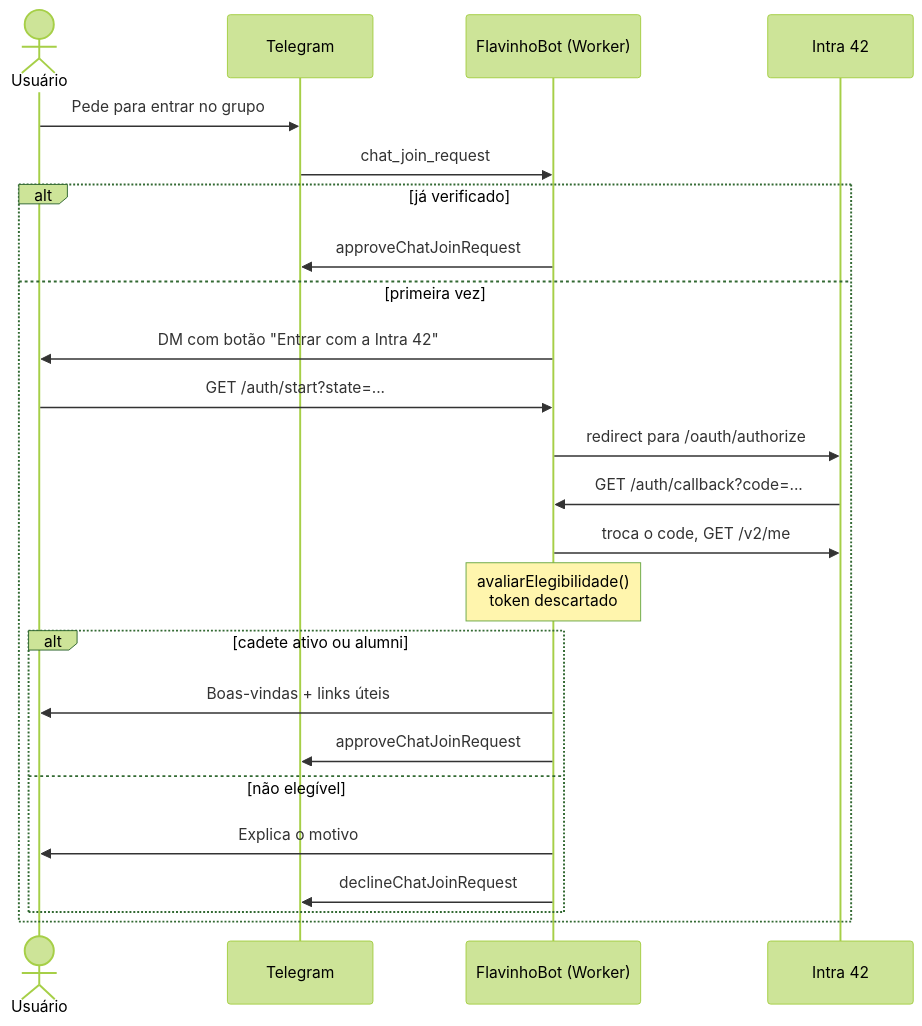
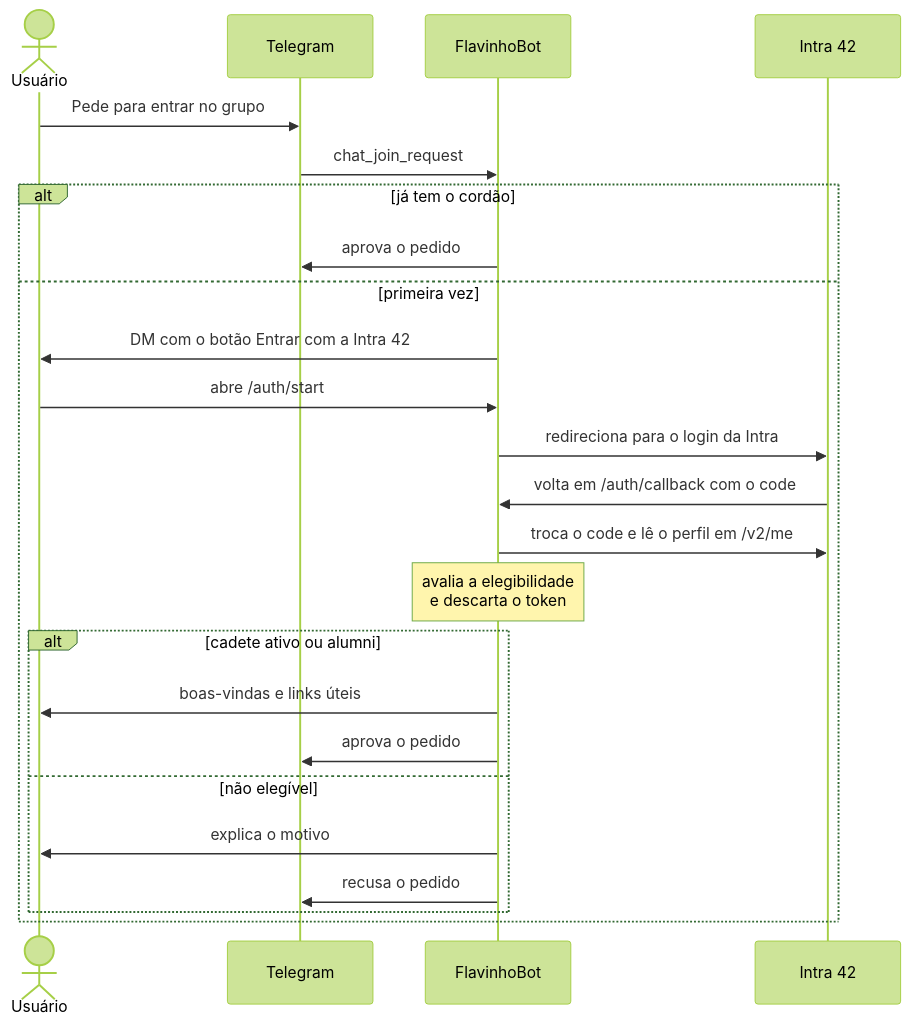
One commit to herom-s/FlavinhoBot changed the diagram in README.md. Above: the diagram before and after it, drawn with Mermaid (forest theme).

Commit message:
docs: diagrama de sequência do README sem caracteres especiais (render do GitHub)

````diff
--- a/README.md
+++ b/README.md
@@ -37,27 +37,27 @@
 ```mermaid
 sequenceDiagram
     actor U as Usuário
     participant T as Telegram
-    participant B as FlavinhoBot (Worker)
+    participant B as FlavinhoBot
     participant I as Intra 42
 
     U->>T: Pede para entrar no grupo
     T->>B: chat_join_request
-    alt já verificado
-        B->>T: approveChatJoinRequest
+    alt já tem o cordão
+        B->>T: aprova o pedido
     else primeira vez
-        B->>U: DM com botão "Entrar com a Intra 42"
-        U->>B: GET /auth/start?state=...
-        B->>I: redirect para /oauth/authorize
-        I->>B: GET /auth/callback?code=...
-        B->>I: troca o code, GET /v2/me
-        Note over B: avaliarElegibilidade()<br/>token descartado
+        B->>U: DM com o botão Entrar com a Intra 42
+        U->>B: abre /auth/start
+        B->>I: redireciona para o login da Intra
+        I->>B: volta em /auth/callback com o code
+        B->>I: troca o code e lê o perfil em /v2/me
+        Note over B: avalia a elegibilidade<br/>e descarta o token
         alt cadete ativo ou alumni
-            B->>U: Boas-vindas + links úteis
-            B->>T: approveChatJoinRequest
+            B->>U: boas-vindas e links úteis
+            B->>T: aprova o pedido
         else não elegível
-            B->>U: Explica o motivo
-            B->>T: declineChatJoinRequest
+            B->>U: explica o motivo
+            B->>T: recusa o pedido
         end
     end
 ```
````
